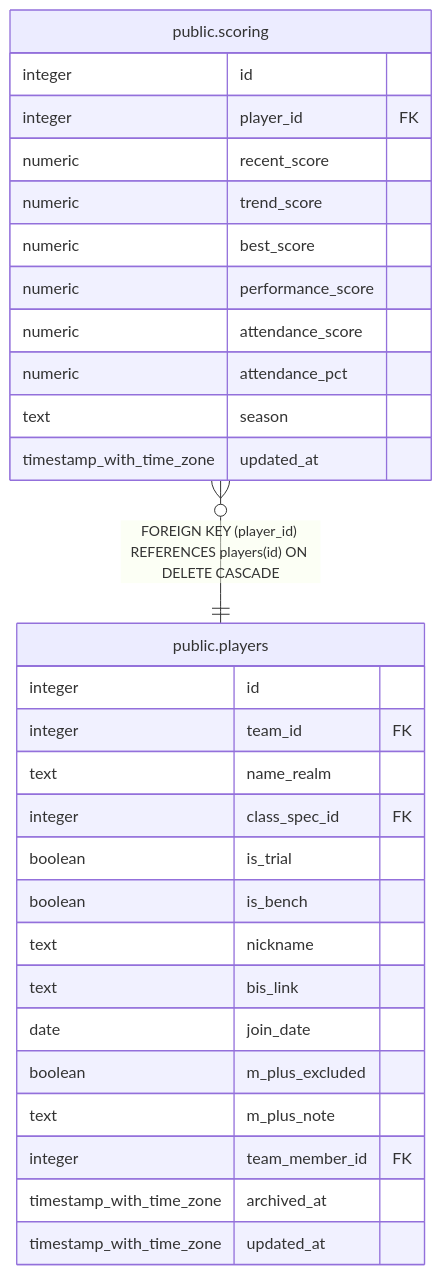
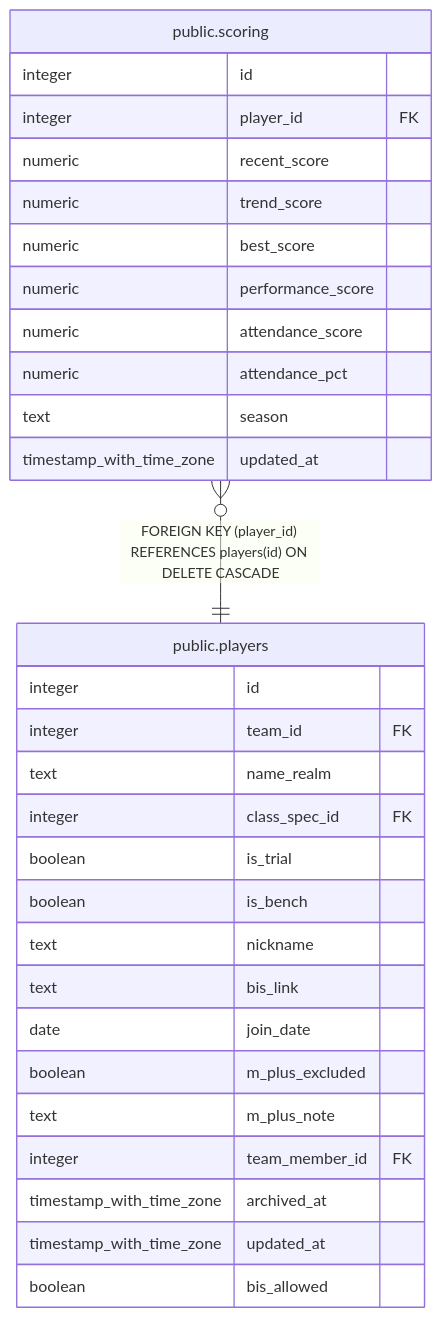
Before and after one commit to katogaming88/WGA-Raid-Hub: the diagram in dbdoc/public.scoring.md, drawn with Mermaid. The commit also changed 30 other files, not shown here.

````diff
--- a/dbdoc/public.scoring.md
+++ b/dbdoc/public.scoring.md
@@ -41,34 +41,35 @@
 ```mermaid
 erDiagram
 
 "public.scoring" }o--|| "public.players" : "FOREIGN KEY (player_id) REFERENCES players(id) ON DELETE CASCADE"
 
 "public.scoring" {
   integer id
   integer player_id FK
   numeric recent_score
   numeric trend_score
   numeric best_score
   numeric performance_score
   numeric attendance_score
   numeric attendance_pct
   text season
   timestamp_with_time_zone updated_at
 }
 "public.players" {
   integer id
   integer team_id FK
   text name_realm
   integer class_spec_id FK
   boolean is_trial
   boolean is_bench
   text nickname
   text bis_link
   date join_date
   boolean m_plus_excluded
   text m_plus_note
   integer team_member_id FK
   timestamp_with_time_zone archived_at
   timestamp_with_time_zone updated_at
+  boolean bis_allowed
 }
 ```
````
